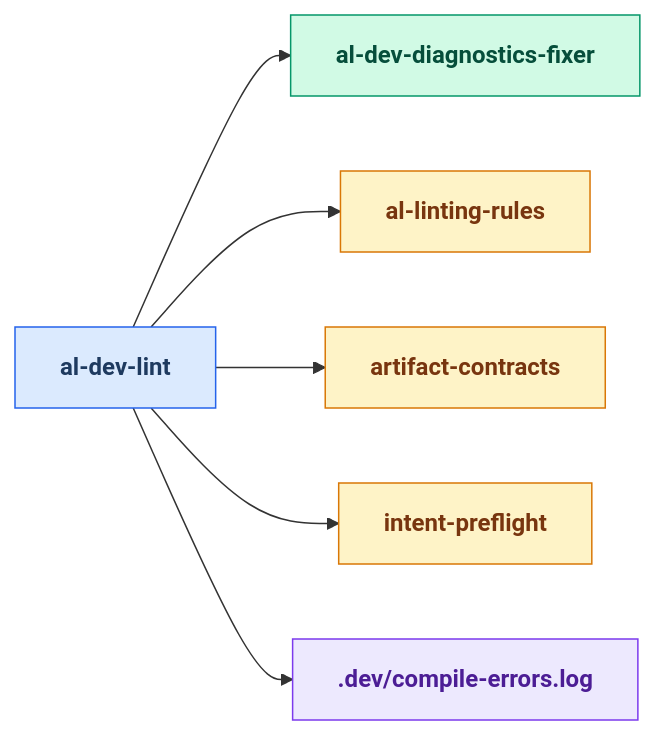
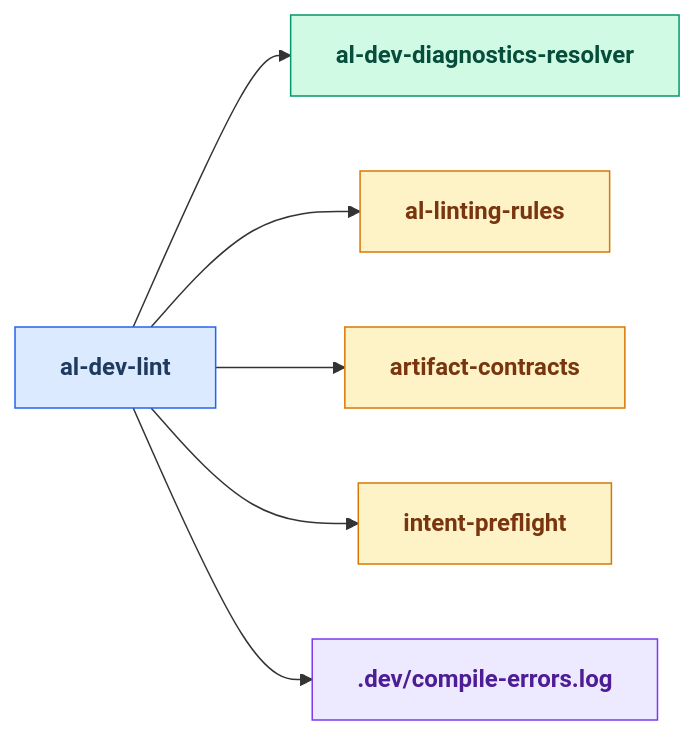
One commit to russell-laing/al-dev-shared changed diagram 18 of 25 in docs/al-dev-skills-map.md. Above: the diagram before and after it, drawn with Mermaid. The commit also changed other lines of this file and 3 other files, not shown here.

````diff
--- a/docs/al-dev-skills-map.md
+++ b/docs/al-dev-skills-map.md
@@ -772,28 +867,28 @@
 ```mermaid
 flowchart LR
     classDef skillNode fill:#dbeafe,stroke:#2563eb,color:#1e3a5f,font-weight:bold
     classDef agentNode fill:#d1fae5,stroke:#059669,color:#064e3b,font-weight:bold
     classDef knowledgeNode fill:#fef3c7,stroke:#d97706,color:#78350f,font-weight:bold
     classDef artifactNode fill:#ede9fe,stroke:#7c3aed,color:#4c1d95,font-weight:bold
     classDef phaseNode fill:#e0e7ff,stroke:#6366f1,color:#312e81,font-weight:bold
 
     skill_al_dev_lint[al-dev-lint]
-    agent_al_dev_diagnostics_fixer[al-dev-diagnostics-fixer]
+    agent_al_dev_diagnostics_resolver[al-dev-diagnostics-resolver]
     knowledge_al_linting_rules_md[al-linting-rules]
     knowledge_artifact_contracts_md[artifact-contracts]
     knowledge_intent_preflight_md[intent-preflight]
     artifact_compile_errors_log[.dev/compile-errors.log]
 
-    skill_al_dev_lint --> agent_al_dev_diagnostics_fixer
+    skill_al_dev_lint --> agent_al_dev_diagnostics_resolver
     skill_al_dev_lint --> knowledge_al_linting_rules_md
     skill_al_dev_lint --> knowledge_artifact_contracts_md
     skill_al_dev_lint --> knowledge_intent_preflight_md
     skill_al_dev_lint --> artifact_compile_errors_log
 
     class skill_al_dev_lint skillNode
-    class agent_al_dev_diagnostics_fixer agentNode
+    class agent_al_dev_diagnostics_resolver agentNode
     class knowledge_al_linting_rules_md knowledgeNode
     class knowledge_artifact_contracts_md knowledgeNode
     class knowledge_intent_preflight_md knowledgeNode
     class artifact_compile_errors_log artifactNode
 ```
````
